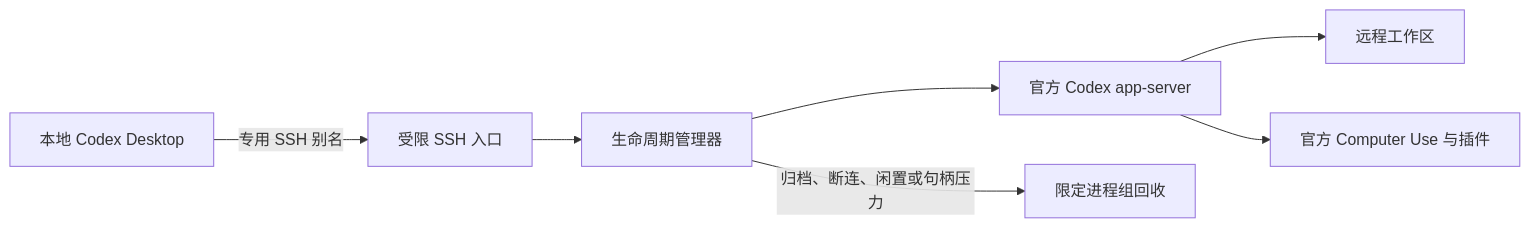
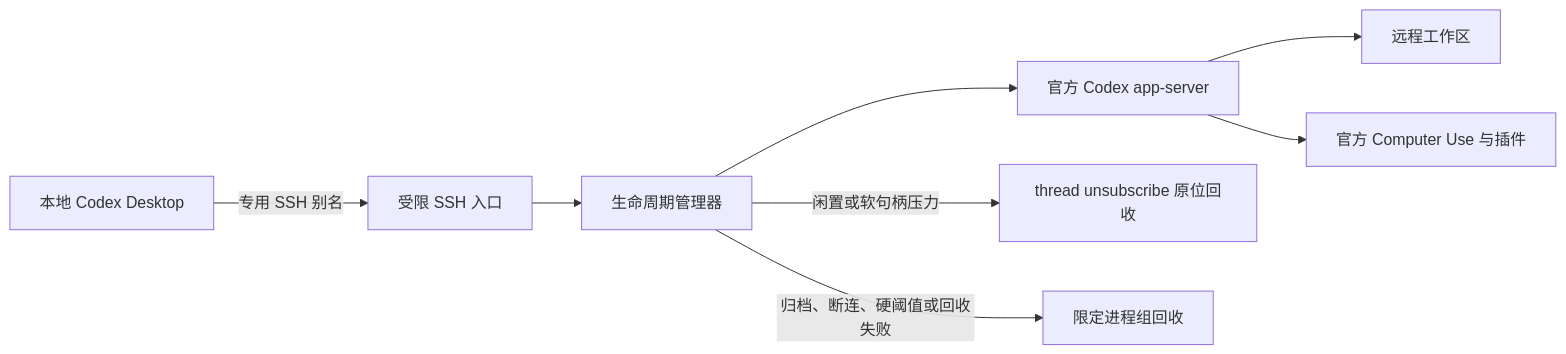
Before and after one commit to fantasyce/codex-managed-channel: the diagram in README.zh-CN.md, drawn with Mermaid. The commit also changed other lines of this file and 26 other files, not shown here.

````diff
--- a/README.zh-CN.md
+++ b/README.zh-CN.md
@@ -24,9 +24,10 @@
 ```mermaid
 flowchart LR
     A[本地 Codex Desktop] -->|专用 SSH 别名| B[受限 SSH 入口]
     B --> C[生命周期管理器]
     C --> D[官方 Codex app-server]
     D --> E[远程工作区]
     D --> F[官方 Computer Use 与插件]
-    C -->|归档、断连、闲置或句柄压力| G[限定进程组回收]
+    C -->|闲置或软句柄压力| H[thread unsubscribe 原位回收]
+    C -->|归档、断连、硬阈值或回收失败| G[限定进程组回收]
 ```
````
